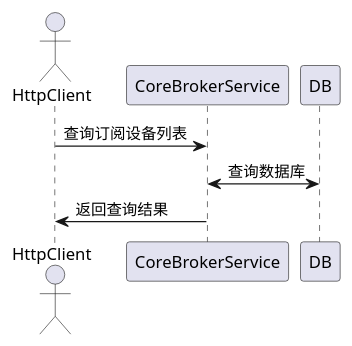
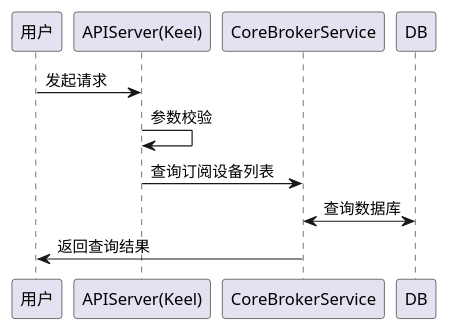
The third of 9 diagrams in docs/api/appendix/plantuml/core_broker.md (tkeel-io/docs), drawn with PlantUML before and after one commit. The commit also changed other lines of this file and 2 other files, not shown here.

````diff
--- a/docs/api/appendix/plantuml/core_broker.md
+++ b/docs/api/appendix/plantuml/core_broker.md
@@ -34,11 +40,14 @@
 ```plantuml
 @startuml
-actor HttpClient
+participant "用户" as user
+participant "APIServer(Keel)"  as keel
 participant CoreBrokerService
 participant DB
 
-HttpClient->CoreBrokerService:查询订阅设备列表
+user->keel: 发起请求
+keel->keel: 参数校验
+keel->CoreBrokerService:查询订阅设备列表
 CoreBrokerService<->DB:查询数据库
-CoreBrokerService->HttpClient:返回查询结果
+CoreBrokerService->user:返回查询结果
 @enduml
 ```
````
